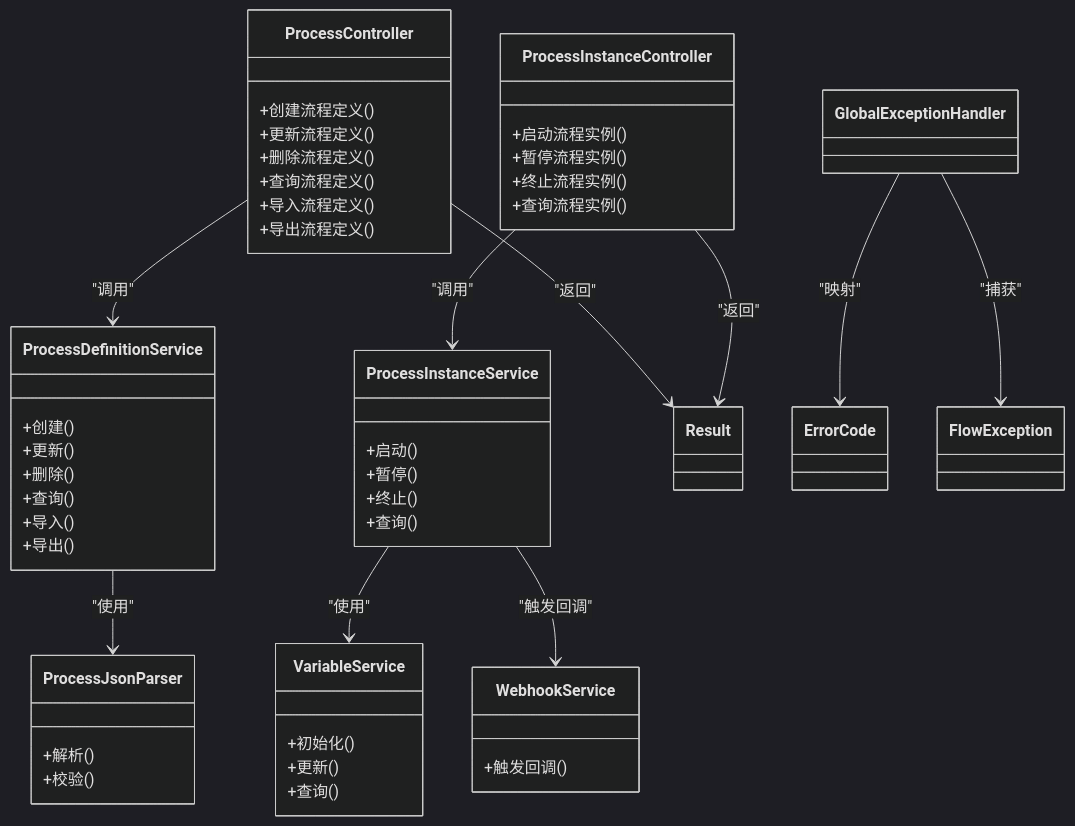
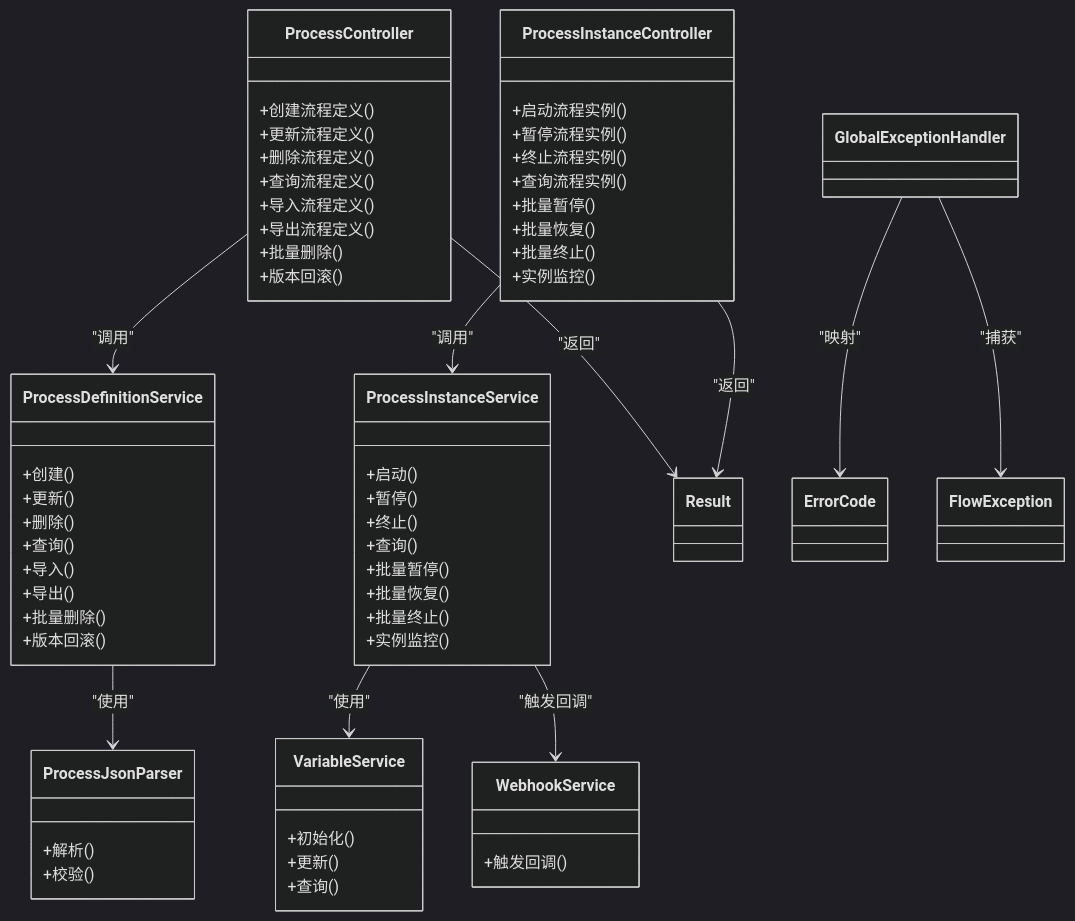
Before and after one commit to liming-lihaini/workflow: the fourth of 4 diagrams in .qoder/repowiki/zh/content/API接口文档/流程管理API.md, drawn with Mermaid (dark theme). The commit also changed other lines of this file and 49 other files, not shown here.

````diff
--- a/.qoder/repowiki/zh/content/API接口文档/流程管理API.md
+++ b/.qoder/repowiki/zh/content/API接口文档/流程管理API.md
@@ -405,56 +451,68 @@
 ```mermaid
 classDiagram
 class ProcessController {
 +创建流程定义()
 +更新流程定义()
 +删除流程定义()
 +查询流程定义()
 +导入流程定义()
 +导出流程定义()
++批量删除()
++版本回滚()
 }
 class ProcessInstanceController {
 +启动流程实例()
 +暂停流程实例()
 +终止流程实例()
 +查询流程实例()
++批量暂停()
++批量恢复()
++批量终止()
++实例监控()
 }
 class ProcessDefinitionService {
 +创建()
 +更新()
 +删除()
 +查询()
 +导入()
 +导出()
++批量删除()
++版本回滚()
 }
 class ProcessInstanceService {
 +启动()
 +暂停()
 +终止()
 +查询()
++批量暂停()
++批量恢复()
++批量终止()
++实例监控()
 }
 class VariableService {
 +初始化()
 +更新()
 +查询()
 }
 class WebhookService {
 +触发回调()
 }
 class ProcessJsonParser {
 +解析()
 +校验()
 }
 class Result
 class ErrorCode
 class GlobalExceptionHandler
 class FlowException
 ProcessController --> ProcessDefinitionService : "调用"
 ProcessInstanceController --> ProcessInstanceService : "调用"
 ProcessDefinitionService --> ProcessJsonParser : "使用"
 ProcessInstanceService --> VariableService : "使用"
 ProcessInstanceService --> WebhookService : "触发回调"
 ProcessController --> Result : "返回"
 ProcessInstanceController --> Result : "返回"
 GlobalExceptionHandler --> FlowException : "捕获"
 GlobalExceptionHandler --> ErrorCode : "映射"
 ```
````
